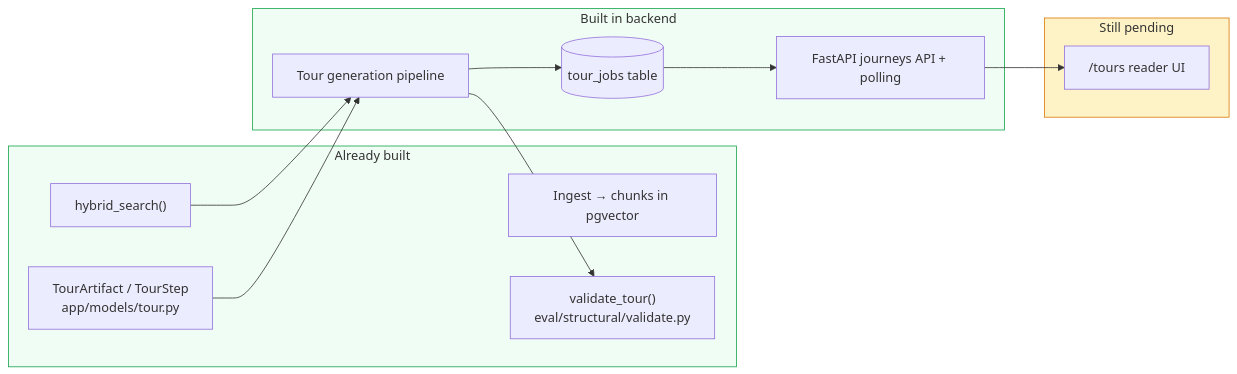
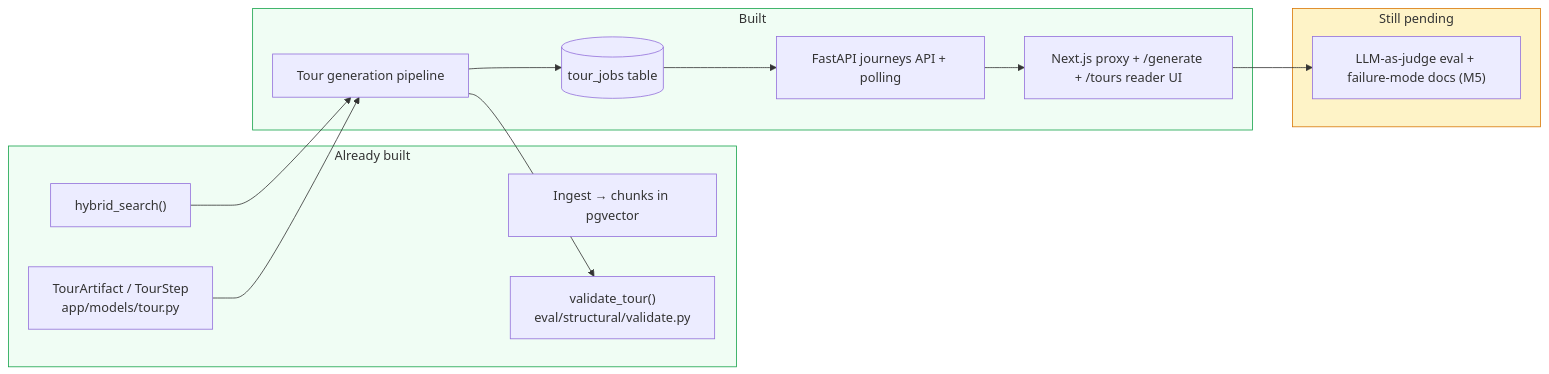
One commit to jballo/camino changed the first of 5 diagrams in docs/tour-generation.md. Above: the diagram before and after it, drawn with Mermaid. The commit also changed other lines of this file and 7 other files, not shown here.

First line of the commit message:
feat(tour): add frontend guided tour flow

````diff
--- a/docs/tour-generation.md
+++ b/docs/tour-generation.md
@@ -29,30 +29,32 @@
 ```mermaid
 flowchart LR
   subgraph have["Already built"]
     Ingest[Ingest → chunks in pgvector]
     Search["hybrid_search()"]
     Schema["TourArtifact / TourStep<br/>app/models/tour.py"]
     Validate["validate_tour()<br/>eval/structural/validate.py"]
   end
 
-  subgraph built["Built in backend"]
+  subgraph built["Built"]
     Pipeline[Tour generation pipeline]
     Persist[(tour_jobs table)]
     API[FastAPI journeys API + polling]
+    Reader["Next.js proxy + /generate + /tours reader UI"]
   end
 
   subgraph remaining["Still pending"]
-    Reader["/tours reader UI"]
+    Eval["LLM-as-judge eval + failure-mode docs (M5)"]
   end
 
   Search --> Pipeline
   Schema --> Pipeline
   Pipeline --> Validate
   Pipeline --> Persist
   Persist --> API
   API --> Reader
+  Reader --> Eval
 
   style built fill:#f0fdf4,stroke:#16a34a
   style remaining fill:#fef3c7,stroke:#d97706
   style have fill:#f0fdf4,stroke:#16a34a
 ```
````
